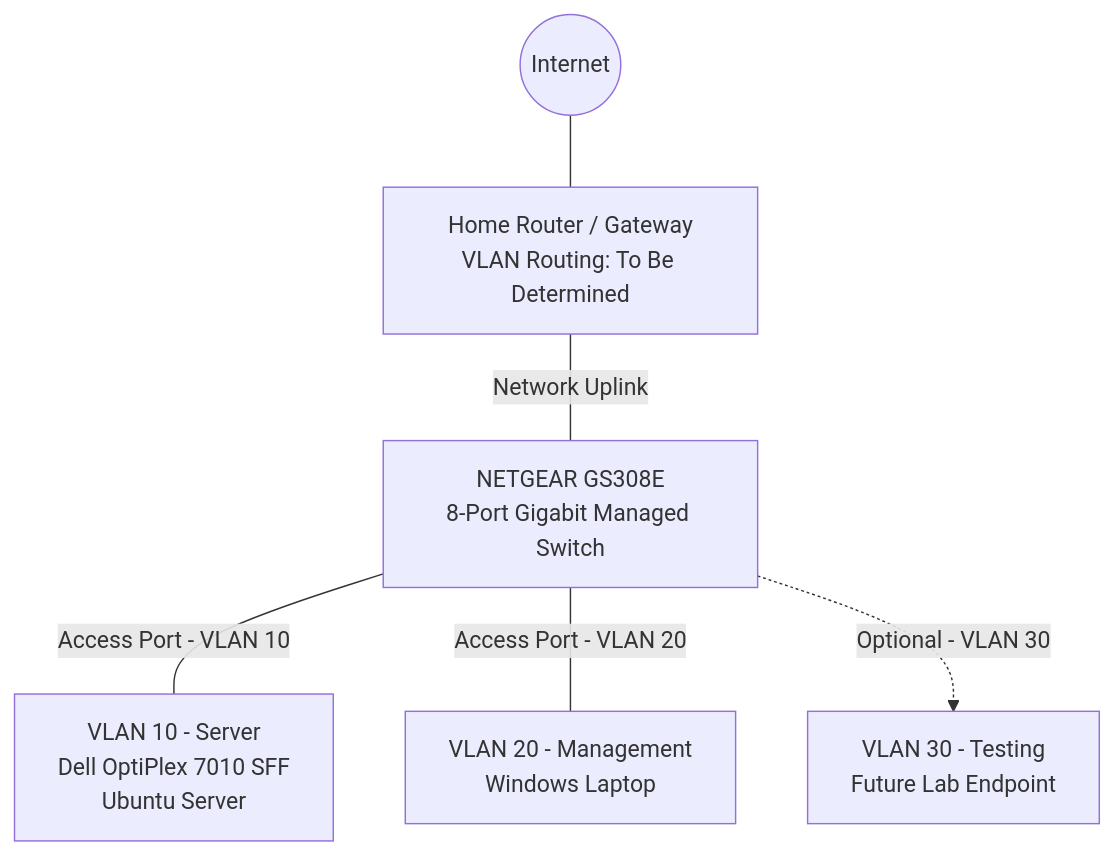
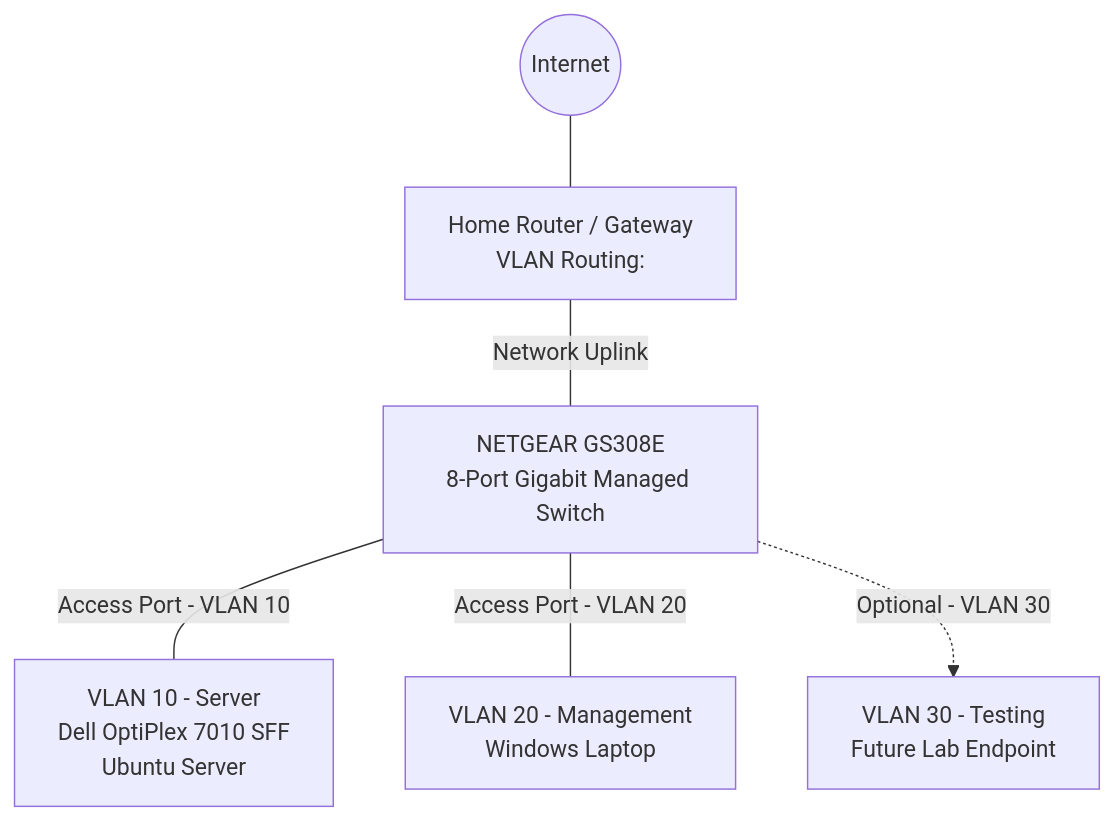
Before and after one commit to metellusmax/Physical-Data-Center-Technician-Lab: the second of 2 diagrams in Architecture/Architecture.md, drawn with Mermaid.

Commit message:
Update router description in architecture diagram

````diff
--- a/Architecture/Architecture.md
+++ b/Architecture/Architecture.md
@@ -32,17 +32,17 @@
 ```mermaid
 flowchart TB
     Internet((Internet))
-    Router["Home Router / Gateway<br/>VLAN Routing: To Be Determined"]
+    Router["Home Router / Gateway<br/>VLAN Routing:"]
     Switch["NETGEAR GS308E<br/>8-Port Gigabit Managed Switch"]
 
     Server["VLAN 10 - Server<br/>Dell OptiPlex 7010 SFF<br/>Ubuntu Server"]
     Laptop["VLAN 20 - Management<br/>Windows Laptop"]
     Test["VLAN 30 - Testing<br/>Future Lab Endpoint"]
 
     Internet --- Router
     Router ---|"Network Uplink"| Switch
 
     Switch ---|"Access Port - VLAN 10"| Server
     Switch ---|"Access Port - VLAN 20"| Laptop
     Switch -.->|"Optional - VLAN 30"| Test
 ```
````
